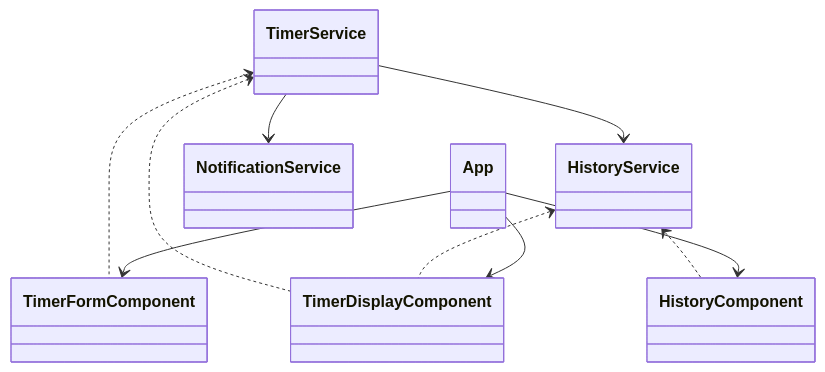
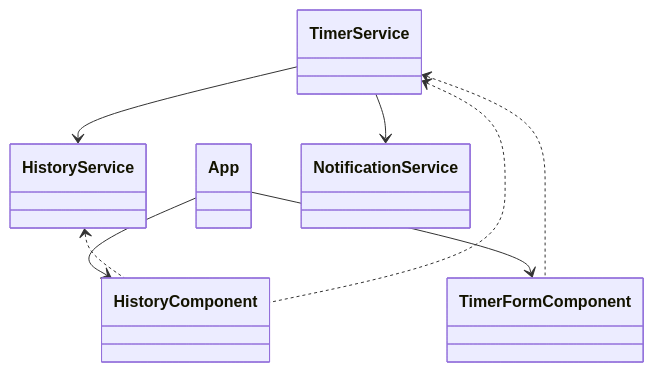
The diagram in docs/class-diagram.mmd (thaden0/AngularExample), drawn with Mermaid before and after one commit. The commit also changed 7 other files, not shown here.

````diff
--- a/docs/class-diagram.mmd
+++ b/docs/class-diagram.mmd
@@ -1,16 +1,14 @@
 ```mermaid
 classDiagram
     class App
     App --> TimerFormComponent
-    App --> TimerDisplayComponent
     App --> HistoryComponent
 
     class TimerService
     TimerService --> HistoryService
     TimerService --> NotificationService
 
-    HistoryService <.. TimerDisplayComponent
     HistoryService <.. HistoryComponent
-    TimerService <.. TimerDisplayComponent
     TimerService <.. TimerFormComponent
+    TimerService <.. HistoryComponent
 ```
````
